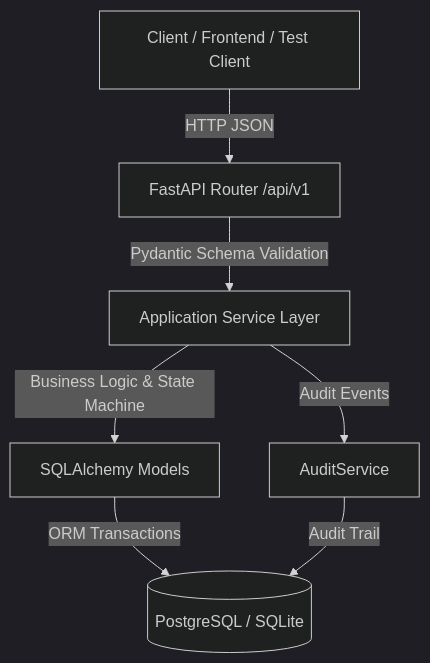
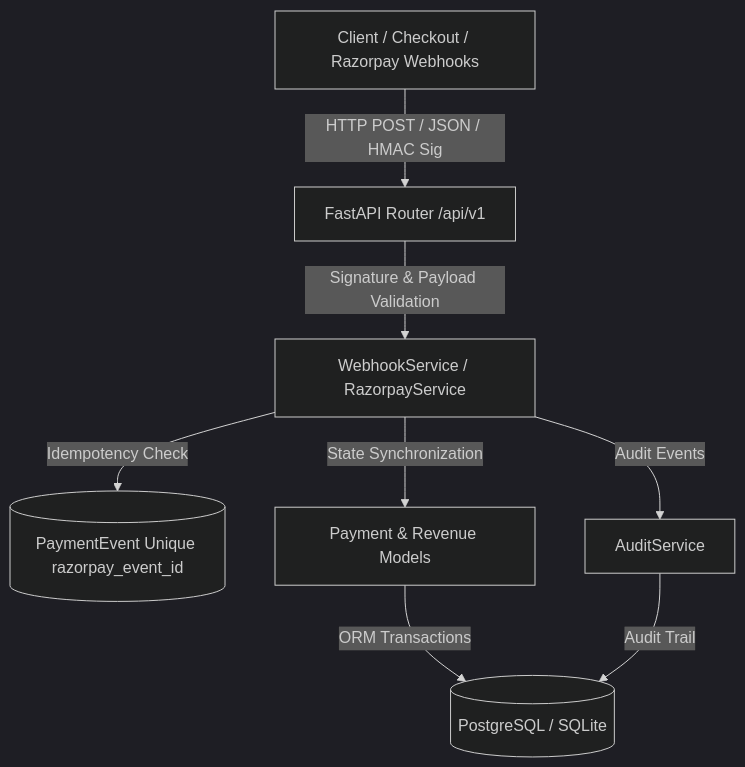
The second of 3 diagrams in docs/architecture.md (om-3531/recover-ai), drawn with Mermaid (dark theme) before and after one commit. The commit also changed other lines of this file and 16 other files, not shown here.

Commit message:
feat: implement Day 4 Razorpay integration and webhooks

````diff
--- a/docs/architecture.md
+++ b/docs/architecture.md
@@ -27,9 +29,10 @@
 ```mermaid
 flowchart TD
-    Client[Client / Frontend / Test Client] -->|HTTP JSON| Router[FastAPI Router /api/v1]
-    Router -->|Pydantic Schema Validation| Service[Application Service Layer]
-    Service -->|Business Logic & State Machine| Domain[SQLAlchemy Models]
-    Service -->|Audit Events| Audit[AuditService]
+    Client[Client / Checkout / Razorpay Webhooks] -->|HTTP POST / JSON / HMAC Sig| Router[FastAPI Router /api/v1]
+    Router -->|Signature & Payload Validation| WebhookService[WebhookService / RazorpayService]
+    WebhookService -->|Idempotency Check| PaymentEventDB[(PaymentEvent Unique razorpay_event_id)]
+    WebhookService -->|State Synchronization| Domain[Payment & Revenue Models]
+    WebhookService -->|Audit Events| Audit[AuditService]
     Domain -->|ORM Transactions| DB[(PostgreSQL / SQLite)]
     Audit -->|Audit Trail| DB
 ```
````
